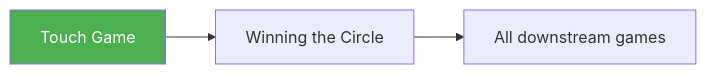
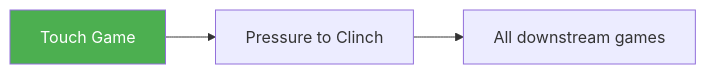
One commit to ACalienes/Ecological-MMA-Game-System changed the diagram in docs/games/touch-game.md. Above: the diagram before and after it, drawn with Mermaid. The commit also changed other lines of this file and 62 other files, not shown here.

````diff
--- a/docs/games/touch-game.md
+++ b/docs/games/touch-game.md
@@ -197,7 +332,7 @@
 ```mermaid
 flowchart LR
-    A[Touch Game] --> B[Winning the Circle]
+    A[Touch Game] --> B[Pressure to Clinch]
     B --> C[All downstream games]
 
     style A fill:#4CAF50,color:#fff
 ```
````
